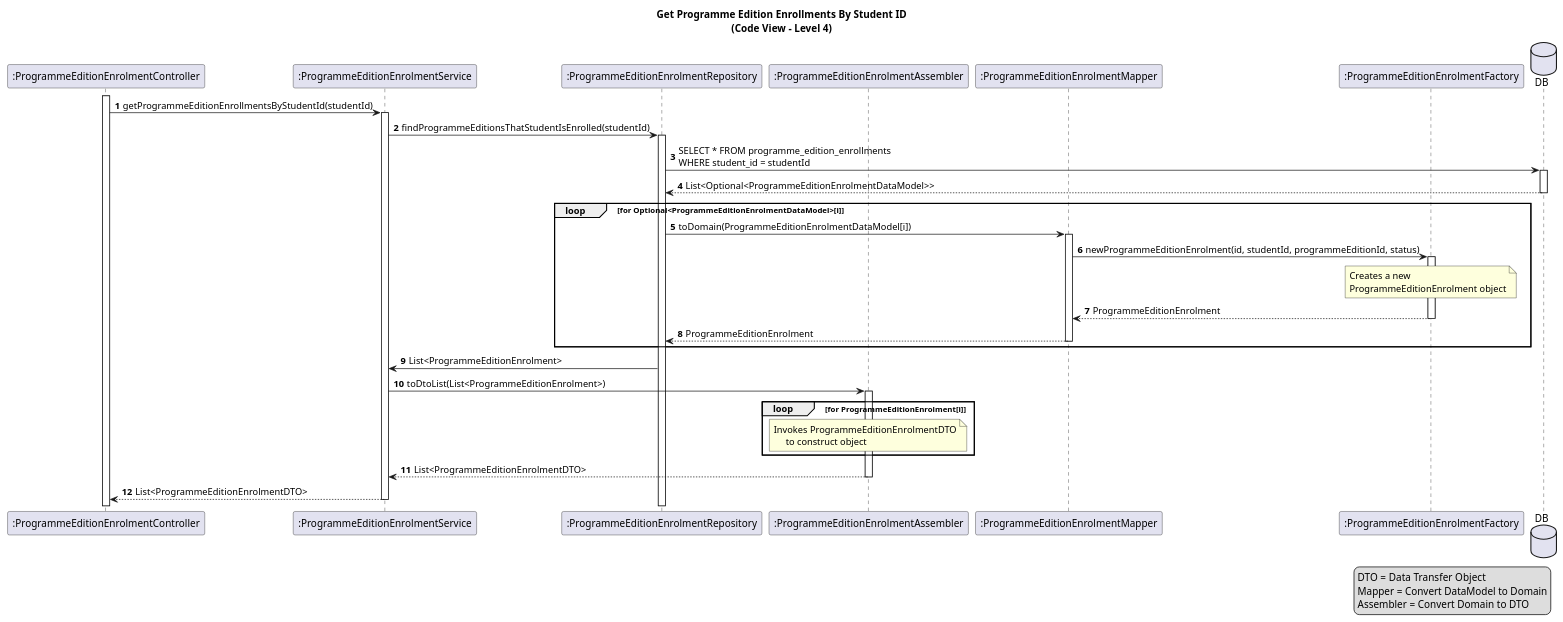
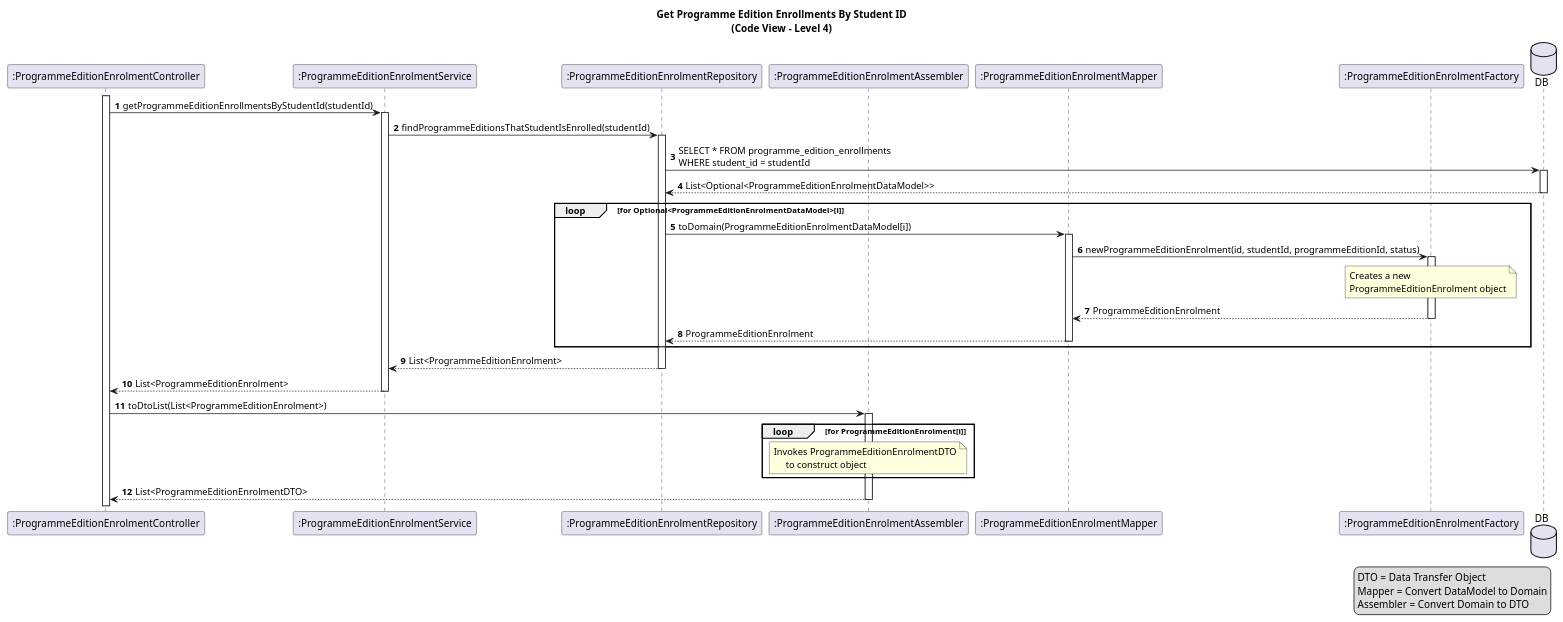
Before and after one commit to GasparISEP/DevOps-PAI: the diagram in docs/US16/sprint6_RestController/process_view/references/GetProgrammeEditionsByStudentId.puml, drawn with PlantUML.

Commit message:
docs: Update GetProgrammeEditionsByStudentId.puml to clarify interactions between Controller and Assembler. Improved flow representation for ProgrammeEditionEnrolment data. Refs #589 #500

```diff
--- a/docs/US16/sprint6_RestController/process_view/references/GetProgrammeEditionsByStudentId.puml
+++ b/docs/US16/sprint6_RestController/process_view/references/GetProgrammeEditionsByStudentId.puml
@@ -1,49 +1,50 @@
 @startuml
 title: Get Programme Edition Enrollments By Student ID\n(Code View - Level 4)
 
 autonumber
 
 participant ":ProgrammeEditionEnrolmentController" as peeCtrl
 activate peeCtrl
 participant ":ProgrammeEditionEnrolmentService" as peeService
 participant ":ProgrammeEditionEnrolmentRepository" as peeRepo
 participant ":ProgrammeEditionEnrolmentAssembler" as peeAssembler
 participant ":ProgrammeEditionEnrolmentMapper" as peeMapper
 participant ":ProgrammeEditionEnrolmentFactory" as peeFactory
 database DB
 
 peeCtrl -> peeService ++: getProgrammeEditionEnrollmentsByStudentId(studentId)
 peeService -> peeRepo ++: findProgrammeEditionsThatStudentIsEnrolled(studentId)
 peeRepo -> DB ++: SELECT * FROM programme_edition_enrollments\nWHERE student_id = studentId
 DB --> peeRepo --: List<Optional<ProgrammeEditionEnrolmentDataModel>>
 
 loop for Optional<ProgrammeEditionEnrolmentDataModel>[i]
     peeRepo -> peeMapper ++: toDomain(ProgrammeEditionEnrolmentDataModel[i])
     peeMapper -> peeFactory ++: newProgrammeEditionEnrolment(id, studentId, programmeEditionId, status)
     note over of peeFactory
         Creates a new
         ProgrammeEditionEnrolment object
     end note
     peeFactory --> peeMapper --: ProgrammeEditionEnrolment
     peeMapper --> peeRepo --: ProgrammeEditionEnrolment
 end
 
-peeRepo -> peeService: List<ProgrammeEditionEnrolment>
-peeService -> peeAssembler ++: toDtoList(List<ProgrammeEditionEnrolment>)
+peeRepo --> peeService --: List<ProgrammeEditionEnrolment>
+peeService --> peeCtrl --: List<ProgrammeEditionEnrolment>
+
+peeCtrl -> peeAssembler ++: toDtoList(List<ProgrammeEditionEnrolment>)
 
 loop for ProgrammeEditionEnrolment[i]
     note over of peeAssembler
         Invokes ProgrammeEditionEnrolmentDTO
              to construct object
     end note
 end
-peeAssembler --> peeService --: List<ProgrammeEditionEnrolmentDTO>
-peeService --> peeCtrl --: List<ProgrammeEditionEnrolmentDTO>
+peeAssembler --> peeCtrl --: List<ProgrammeEditionEnrolmentDTO>
 
 legend right
   DTO = Data Transfer Object
   Mapper = Convert DataModel to Domain
   Assembler = Convert Domain to DTO
 end legend
 
 @enduml 
```
